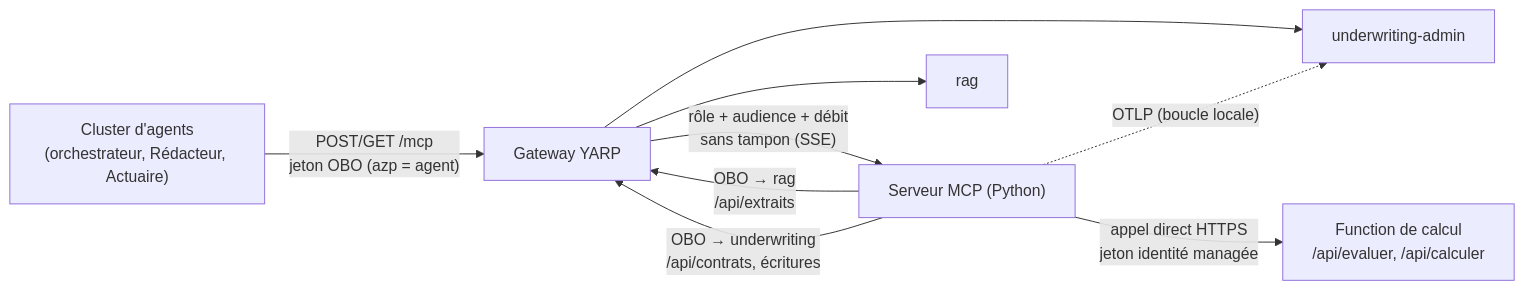
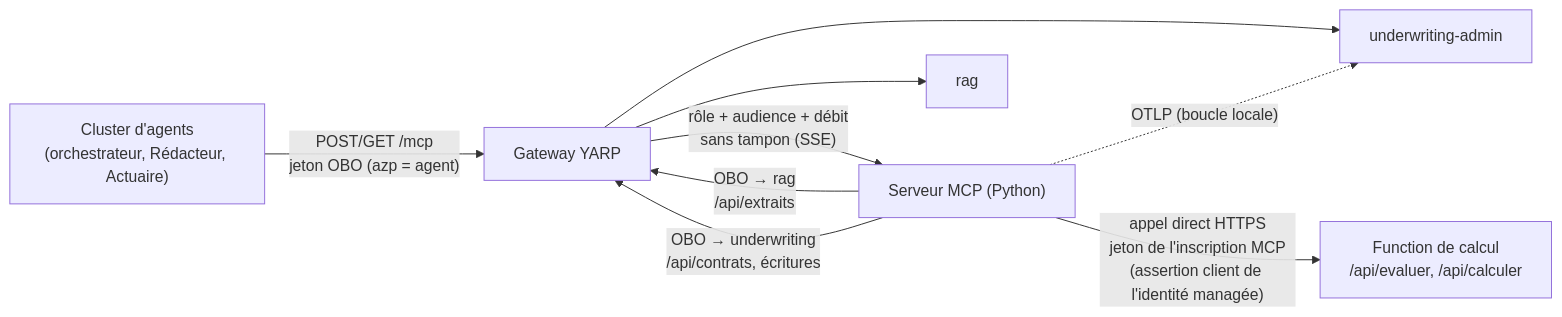
Before and after one commit to acerolaz/agentinsurflow: the diagram in docs/superpowers/specs/2026-10-21-serveur-mcp-design.md, drawn with Mermaid. The commit also changed other lines of this file and 2 other files, not shown here.

Commit message:
docs(calcul): spec MCP, README et secrets alignés sur la Function de calcul

````diff
--- a/docs/superpowers/specs/2026-10-21-serveur-mcp-design.md
+++ b/docs/superpowers/specs/2026-10-21-serveur-mcp-design.md
@@ -45,11 +45,11 @@
 ```mermaid
 flowchart LR
     CL["Cluster d'agents<br/>(orchestrateur, Rédacteur, Actuaire)"] -->|"POST/GET /mcp<br/>jeton OBO (azp = agent)"| GW["Gateway YARP"]
     GW -->|"rôle + audience + débit<br/>sans tampon (SSE)"| MCP["Serveur MCP (Python)"]
     MCP -->|"OBO → rag<br/>/api/extraits"| GW
     MCP -->|"OBO → underwriting<br/>/api/contrats, écritures"| GW
     GW --> RAG["rag"]
     GW --> UW["underwriting-admin"]
     MCP -. "OTLP (boucle locale)" .-> UW
-    MCP -->|"appel direct HTTPS<br/>jeton identité managée"| FN["Function de calcul<br/>/api/evaluer, /api/calculer"]
+    MCP -->|"appel direct HTTPS<br/>jeton de l'inscription MCP<br/>(assertion client de l'identité managée)"| FN["Function de calcul<br/>/api/evaluer, /api/calculer"]
 ```
````
